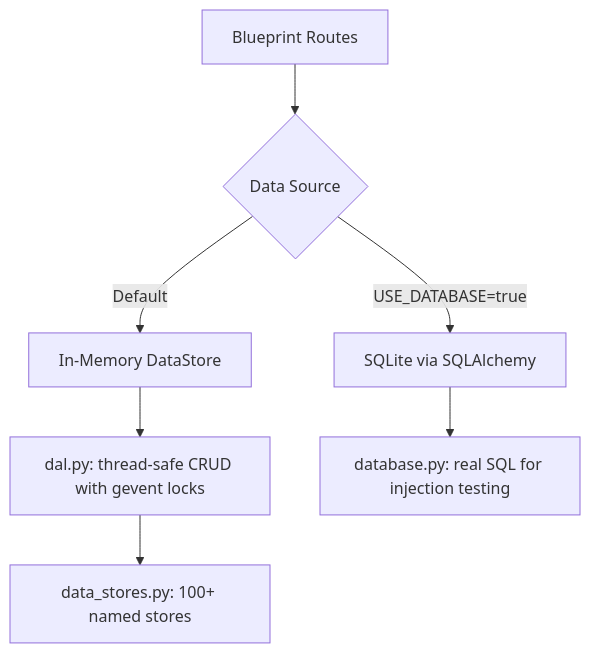
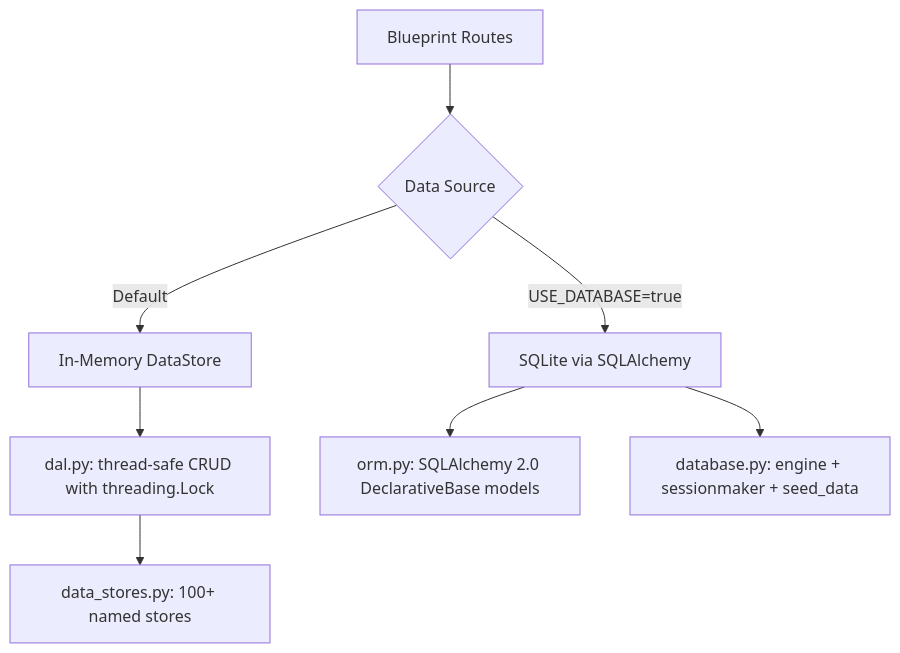
Before and after one commit to atlas-crew/Chimera: the fourth of 5 diagrams in docs/architecture.md, drawn with Mermaid. The commit also changed other lines of this file and 11 other files, not shown here.

````diff
--- a/docs/architecture.md
+++ b/docs/architecture.md
@@ -125,9 +120,10 @@
 ```mermaid
 flowchart TD
     Routes[Blueprint Routes] --> DS{Data Source}
     DS -->|Default| Mem[In-Memory DataStore]
     DS -->|USE_DATABASE=true| SQLite[SQLite via SQLAlchemy]
-    Mem --> DAL[dal.py: thread-safe CRUD with gevent locks]
+    Mem --> DAL[dal.py: thread-safe CRUD with threading.Lock]
     DAL --> Stores[data_stores.py: 100+ named stores]
-    SQLite --> DB[database.py: real SQL for injection testing]
+    SQLite --> ORM[orm.py: SQLAlchemy 2.0 DeclarativeBase models]
+    SQLite --> DB[database.py: engine + sessionmaker + seed_data]
 ```
````
